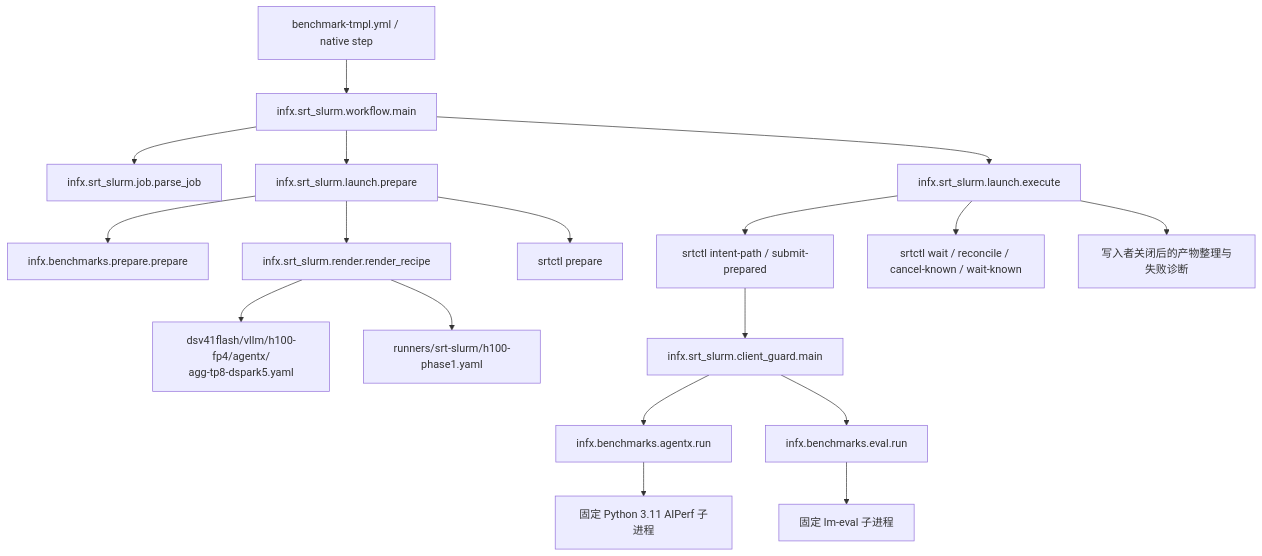
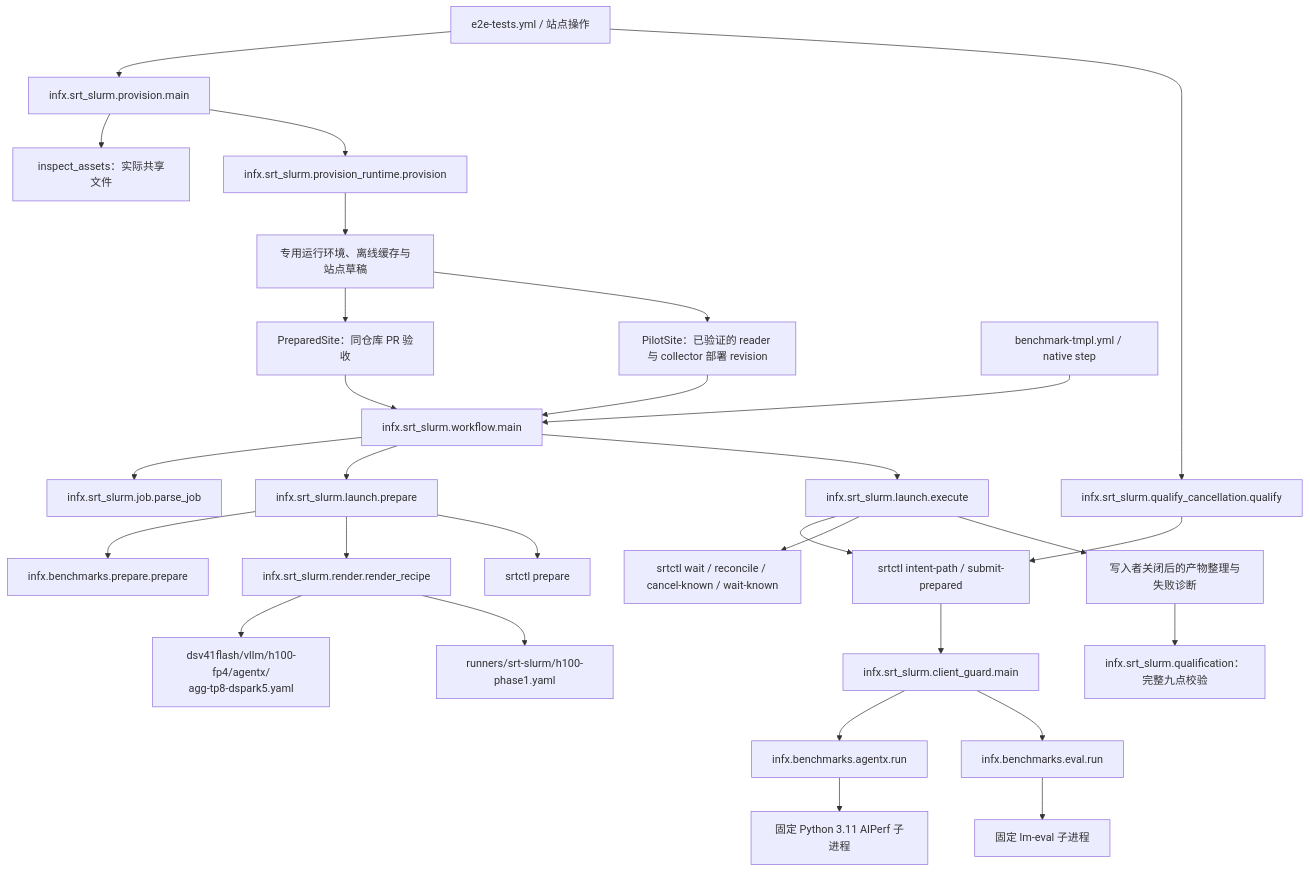
Before and after one commit to SemiAnalysisAI/InferenceX: the second of 2 diagrams in docs/srt-slurm-phase1_zh.md, drawn with Mermaid. The commit also changed other lines of this file and 25 other files, not shown here.

First line of the commit message:
feat: provision and qualify the native H100 pilot without publication

````diff
--- a/docs/srt-slurm-phase1_zh.md
+++ b/docs/srt-slurm-phase1_zh.md
@@ -34,20 +37,31 @@
 ```mermaid
 flowchart TD
+  E[e2e-tests.yml / 站点操作] --> SP[infx.srt_slurm.provision.main]
+  SP --> SI[inspect_assets：实际共享文件]
+  SP --> SR[infx.srt_slurm.provision_runtime.provision]
+  E --> CQ[infx.srt_slurm.qualify_cancellation.qualify]
+  CQ --> NI
+  SR --> SD[专用运行环境、离线缓存与站点草稿]
+  SD --> PQ[PreparedSite：同仓库 PR 验收]
+  PQ --> F
+  SD --> DP[PilotSite：已验证的 reader 与 collector 部署 revision]
+  DP --> F
   W[benchmark-tmpl.yml / native step] --> F[infx.srt_slurm.workflow.main]
   F --> J[infx.srt_slurm.job.parse_job]
   F --> P[infx.srt_slurm.launch.prepare]
   P --> CP[infx.benchmarks.prepare.prepare]
   P --> R[infx.srt_slurm.render.render_recipe]
   R --> Y["dsv41flash/vllm/h100-fp4/agentx/<br/>agg-tp8-dspark5.yaml"]
   R --> H[runners/srt-slurm/h100-phase1.yaml]
   P --> NP[srtctl prepare]
   F --> X[infx.srt_slurm.launch.execute]
   X --> NI[srtctl intent-path / submit-prepared]
   X --> NW[srtctl wait / reconcile / cancel-known / wait-known]
   NI --> G[infx.srt_slurm.client_guard.main]
   G --> AX[infx.benchmarks.agentx.run]
   G --> EV[infx.benchmarks.eval.run]
   AX --> AIP[固定 Python 3.11 AIPerf 子进程]
   EV --> LM[固定 lm-eval 子进程]
   X --> O[写入者关闭后的产物整理与失败诊断]
+  O --> QV[infx.srt_slurm.qualification：完整九点校验]
 ```
````
